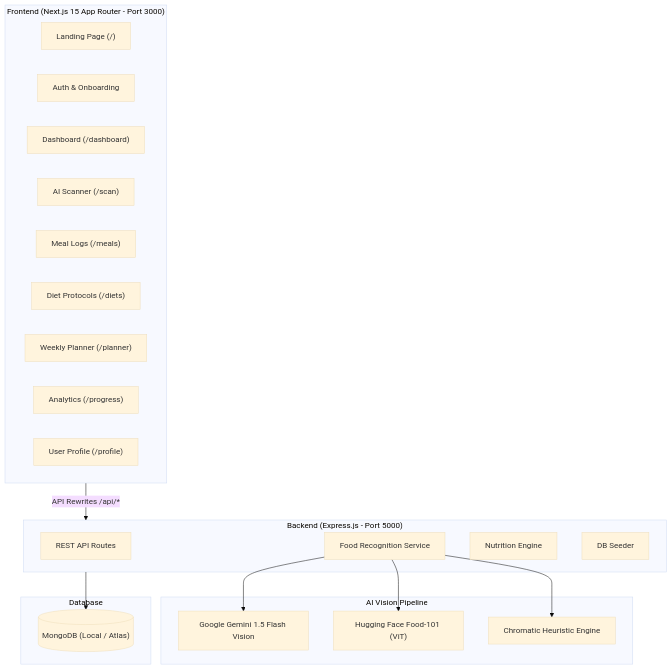
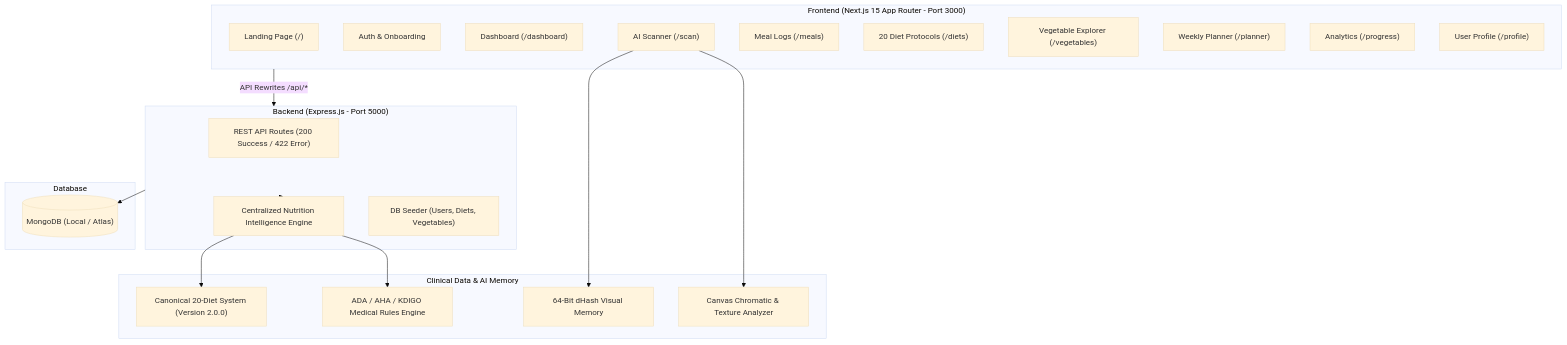
The diagram in README.md (Nishat009/nutrilens), drawn with Mermaid (base theme) before and after one commit. The commit also changed other lines of this file and 27 other files, not shown here.

Commit message:
feat: synchronize canonical 20-diet protocols, 5-tier clinical intelligence, and chromatic candidate swap

````diff
--- a/README.md
+++ b/README.md
@@ -16,37 +16,40 @@
 ```mermaid
 graph TB
     subgraph Client ["Frontend (Next.js 15 App Router - Port 3000)"]
         LP["Landing Page (/)"]
         AUTH["Auth & Onboarding"]
         DASH["Dashboard (/dashboard)"]
         SCAN["AI Scanner (/scan)"]
         MEALS["Meal Logs (/meals)"]
-        DIETS["Diet Protocols (/diets)"]
+        DIETS["20 Diet Protocols (/diets)"]
+        VEG["Vegetable Explorer (/vegetables)"]
         PLANNER["Weekly Planner (/planner)"]
         PROGRESS["Analytics (/progress)"]
         PROFILE["User Profile (/profile)"]
     end
 
     subgraph Server ["Backend (Express.js - Port 5000)"]
-        API["REST API Routes"]
-        RECOG["Food Recognition Service"]
-        NUTRI["Nutrition Engine"]
-        SEED["DB Seeder"]
+        API["REST API Routes (200 Success / 422 Error)"]
+        INTELLIGENCE["Centralized Nutrition Intelligence Engine"]
+        SEED["DB Seeder (Users, Diets, Vegetables)"]
     end
 
-    subgraph AI ["AI Vision Pipeline"]
-        GEMINI["Google Gemini 1.5 Flash Vision"]
-        HF["Hugging Face Food-101 (ViT)"]
-        HEURISTIC["Chromatic Heuristic Engine"]
+    subgraph IntelligenceLayer ["Clinical Data & AI Memory"]
+        CANONICAL["Canonical 20-Diet System (Version 2.0.0)"]
+        MEDICAL["ADA / AHA / KDIGO Medical Rules Engine"]
+        DHASH["64-Bit dHash Visual Memory"]
+        CHROMATIC["Canvas Chromatic & Texture Analyzer"]
     end
 
     subgraph DB ["Database"]
         MONGO[("MongoDB (Local / Atlas)")]
     end
 
     Client -->|API Rewrites /api/*| Server
     Server --> MONGO
-    RECOG --> GEMINI
-    RECOG --> HF
-    RECOG --> HEURISTIC
+    Server --> INTELLIGENCE
+    INTELLIGENCE --> CANONICAL
+    INTELLIGENCE --> MEDICAL
+    SCAN --> DHASH
+    SCAN --> CHROMATIC
 ```
````
